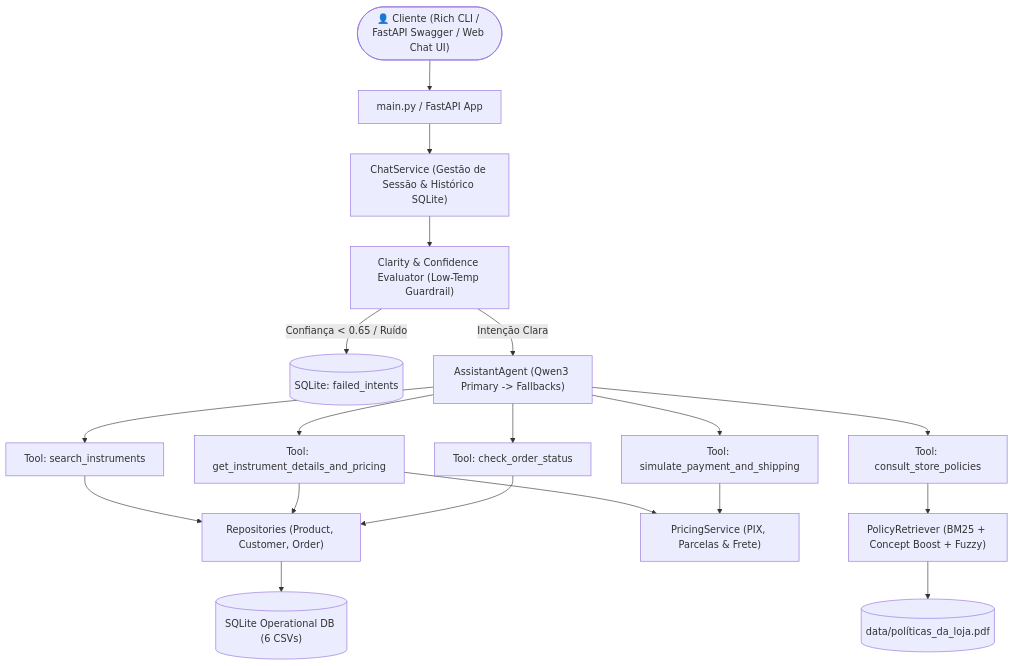
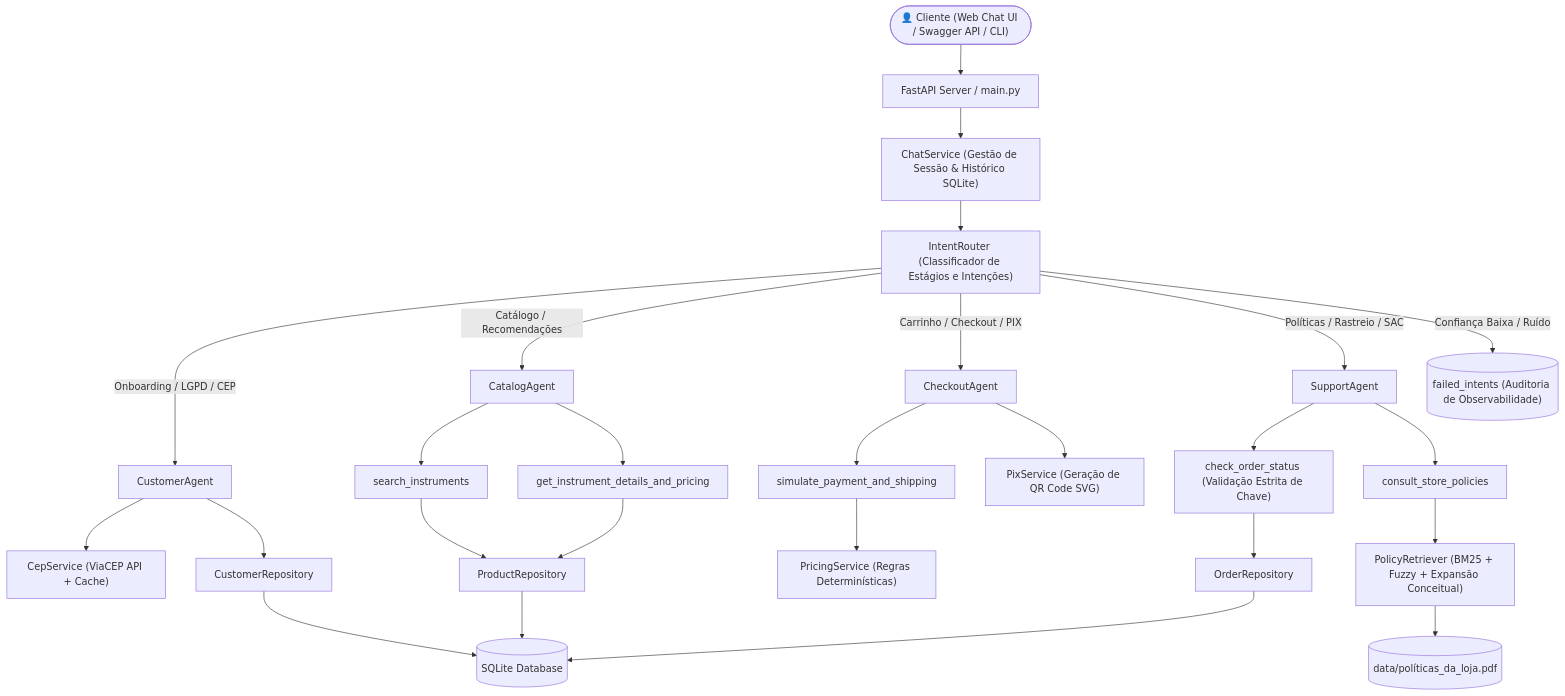
The diagram in README.md (claudio-cardoso-dev/emporio-da-musica-ai), drawn with Mermaid before and after one commit. The commit also changed other lines of this file and 15 other files, not shown here.

Commit message:
feat(multi-agent): implement specialist agents, ViaCEP enrichment, dynamic PIX QR Code and updated documentation

````diff
--- a/README.md
+++ b/README.md
@@ -28,21 +40,32 @@
 ```mermaid
 flowchart TD
-    User(["👤 Cliente (Rich CLI / FastAPI Swagger / Web Chat UI)"]) --> Entry["main.py / FastAPI App"]
-    Entry --> ChatService["ChatService (Gestão de Sessão & Histórico SQLite)"]
-    ChatService --> Guardrail["Clarity & Confidence Evaluator (Low-Temp Guardrail)"]
+    User(["👤 Cliente (Web Chat UI / Swagger API / CLI)"]) --> App["FastAPI Server / main.py"]
+    App --> ChatService["ChatService (Gestão de Sessão & Histórico SQLite)"]
+    ChatService --> Router["IntentRouter (Classificador de Estágios e Intenções)"]
     
-    Guardrail -- "Confiança < 0.65 / Ruído" --> FailedRepo[("SQLite: failed_intents")]
-    Guardrail -- "Intenção Clara" --> Agent["AssistantAgent (Qwen3 Primary -> Fallbacks)"]
+    Router --> |Onboarding / LGPD / CEP| Customer["CustomerAgent"]
+    Router --> |Catálogo / Recomendações| Catalog["CatalogAgent"]
+    Router --> |Carrinho / Checkout / PIX| Checkout["CheckoutAgent"]
+    Router --> |Políticas / Rastreio / SAC| Support["SupportAgent"]
     
-    Agent --> ToolSearch["Tool: search_instruments"]
-    Agent --> ToolDetails["Tool: get_instrument_details_and_pricing"]
-    Agent --> ToolOrder["Tool: check_order_status"]
-    Agent --> ToolSim["Tool: simulate_payment_and_shipping"]
-    Agent --> ToolPolicy["Tool: consult_store_policies"]
+    Customer --> ToolCEP["CepService (ViaCEP API + Cache)"]
+    Customer --> RepoCustomer["CustomerRepository"]
     
-    ToolSearch & ToolDetails & ToolOrder --> Repos["Repositories (Product, Customer, Order)"]
-    ToolDetails & ToolSim --> Pricing["PricingService (PIX, Parcelas & Frete)"]
-    Repos --> SQLite[("SQLite Operational DB (6 CSVs)")]
-    ToolPolicy --> PolicyRAG["PolicyRetriever (BM25 + Concept Boost + Fuzzy)"]
+    Catalog --> ToolSearch["search_instruments"]
+    Catalog --> ToolDetails["get_instrument_details_and_pricing"]
+    ToolSearch & ToolDetails --> RepoProduct["ProductRepository"]
+    
+    Checkout --> ToolSim["simulate_payment_and_shipping"]
+    Checkout --> PixService["PixService (Geração de QR Code SVG)"]
+    ToolSim --> Pricing["PricingService (Regras Determinísticas)"]
+    
+    Support --> ToolOrder["check_order_status (Validação Estrita de Chave)"]
+    Support --> ToolPolicy["consult_store_policies"]
+    ToolOrder --> RepoOrder["OrderRepository"]
+    ToolPolicy --> PolicyRAG["PolicyRetriever (BM25 + Fuzzy + Expansão Conceitual)"]
+    
+    RepoProduct & RepoCustomer & RepoOrder --> SQLite[("SQLite Database")]
     PolicyRAG --> PDF[("data/políticas_da_loja.pdf")]
+    
+    Router -- "Confiança Baixa / Ruído" --> FailedRepo[("failed_intents (Auditoria de Observabilidade)")]
 ```
````
